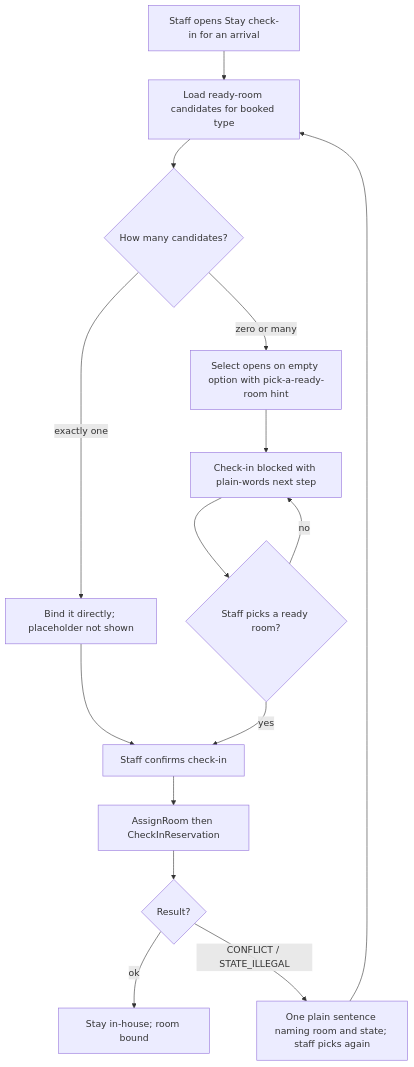
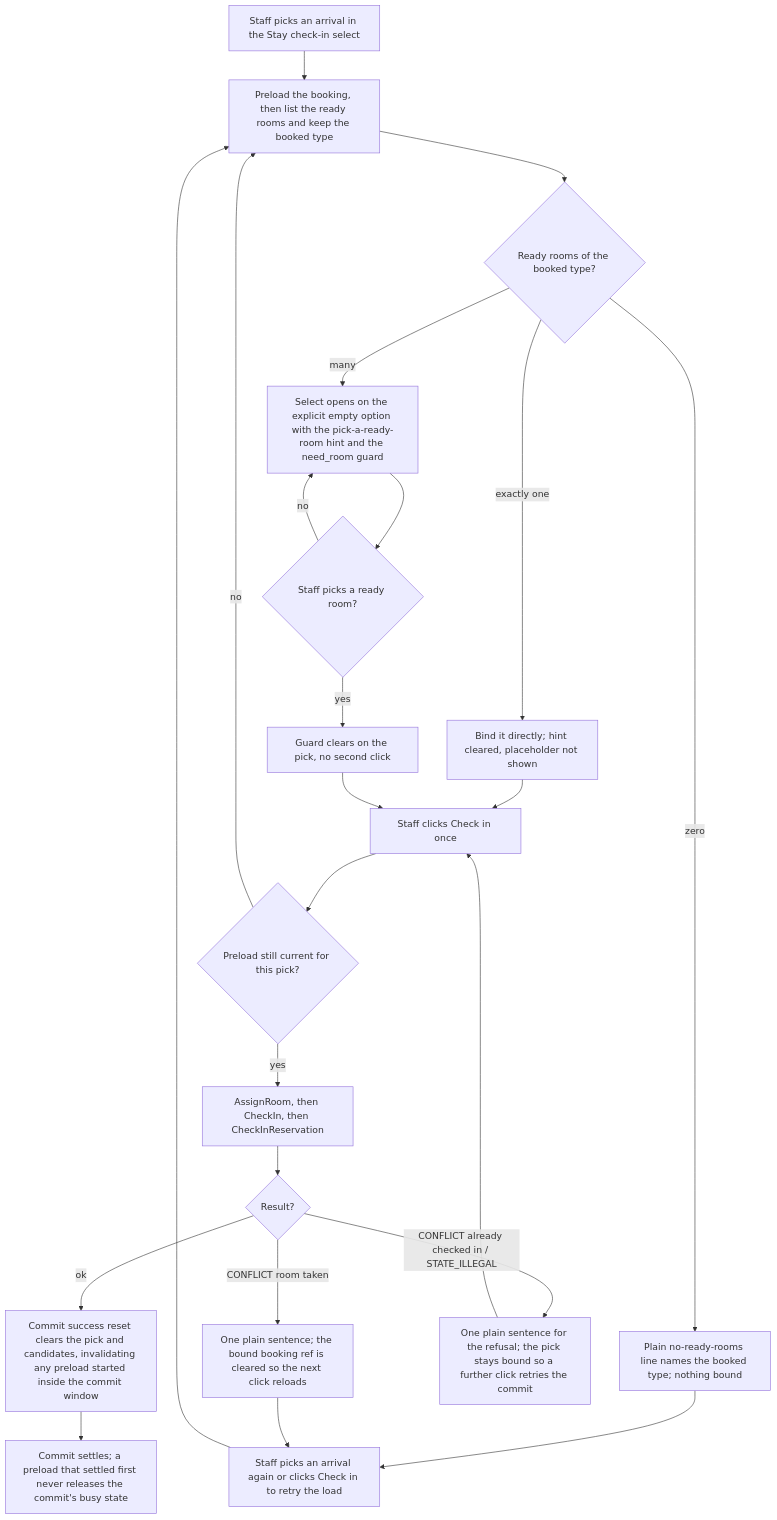
One commit to MingChen1501/hotel-mgmt changed the ninth of 32 diagrams in docs/architecture/lld.md. Above: the diagram before and after it, drawn with Mermaid. The commit also changed other lines of this file, not shown here.

First line of the commit message:
docs(architecture): Refresh the Stay check-in flow in LLD 13.1 (#617)

````diff
--- a/docs/architecture/lld.md
+++ b/docs/architecture/lld.md
@@ -987,17 +996,25 @@
 ```mermaid
 flowchart TD
-    A[Staff opens Stay check-in for an arrival] --> B[Load ready-room candidates for booked type]
-    B --> C{How many candidates?}
-    C -->|exactly one| D[Bind it directly; placeholder not shown]
-    C -->|zero or many| E[Select opens on empty option with pick-a-ready-room hint]
-    E --> F[Check-in blocked with plain-words next step]
-    D --> G[Staff confirms check-in]
-    F --> H{Staff picks a ready room?}
-    H -->|no| F
-    H -->|yes| G
-    G --> I[AssignRoom then CheckInReservation]
-    I --> J{Result?}
-    J -->|ok| K[Stay in-house; room bound]
-    J -->|CONFLICT / STATE_ILLEGAL| L[One plain sentence naming room and state; staff picks again]
-    L --> B
+    A[Staff picks an arrival in the Stay check-in select] --> B[Preload the booking, then list the ready rooms and keep the booked type]
+    B --> C{Ready rooms of the booked type?}
+    C -->|zero| D[Plain no-ready-rooms line names the booked type; nothing bound]
+    D --> R[Staff picks an arrival again or clicks Check in to retry the load]
+    R --> B
+    C -->|exactly one| E[Bind it directly; hint cleared, placeholder not shown]
+    C -->|many| F[Select opens on the explicit empty option with the pick-a-ready-room hint and the need_room guard]
+    F --> G{Staff picks a ready room?}
+    G -->|no| F
+    G -->|yes| H[Guard clears on the pick, no second click]
+    E --> I[Staff clicks Check in once]
+    H --> I
+    I --> J{Preload still current for this pick?}
+    J -->|no| B
+    J -->|yes| K[AssignRoom, then CheckIn, then CheckInReservation]
+    K --> L{Result?}
+    L -->|ok| M[Commit success reset clears the pick and candidates, invalidating any preload started inside the commit window]
+    L -->|CONFLICT room taken| N[One plain sentence; the bound booking ref is cleared so the next click reloads]
+    L -->|CONFLICT already checked in / STATE_ILLEGAL| N2[One plain sentence for the refusal; the pick stays bound so a further click retries the commit]
+    N --> R
+    N2 --> I
+    M --> O[Commit settles; a preload that settled first never releases the commit's busy state]
 ```
````
